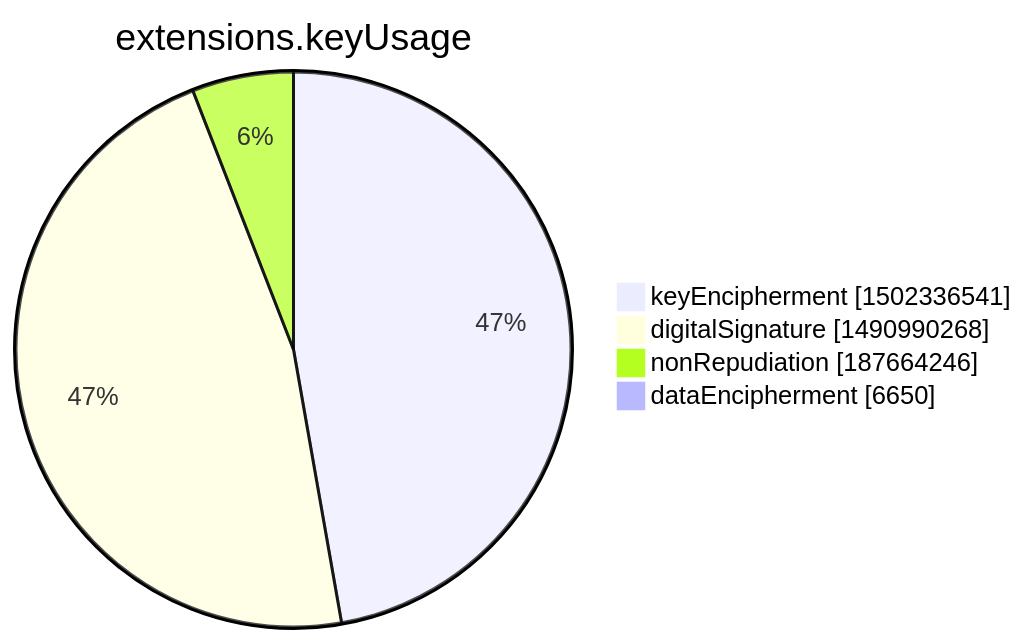
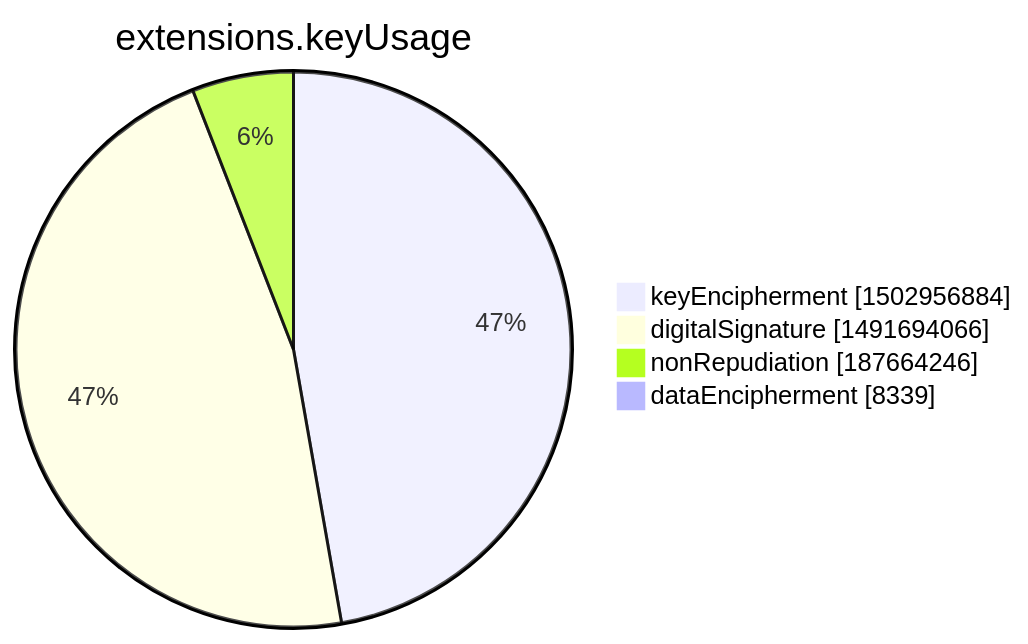
Before and after one commit to christiankrug/ctmonitor_visualization: the seventh of 15 diagrams in xenon2022/README.md, drawn with Mermaid. The commit also changed other lines of this file, not shown here.

````diff
--- a/xenon2022/README.md
+++ b/xenon2022/README.md
@@ -2844,8 +2844,8 @@
 ```mermaid
 pie showData
 title extensions.keyUsage
-"keyEncipherment" :1502336541
-"digitalSignature" :1490990268
+"keyEncipherment" :1502956884
+"digitalSignature" :1491694066
 "nonRepudiation" :187664246
-"dataEncipherment" :6650
+"dataEncipherment" :8339
 ```
````
